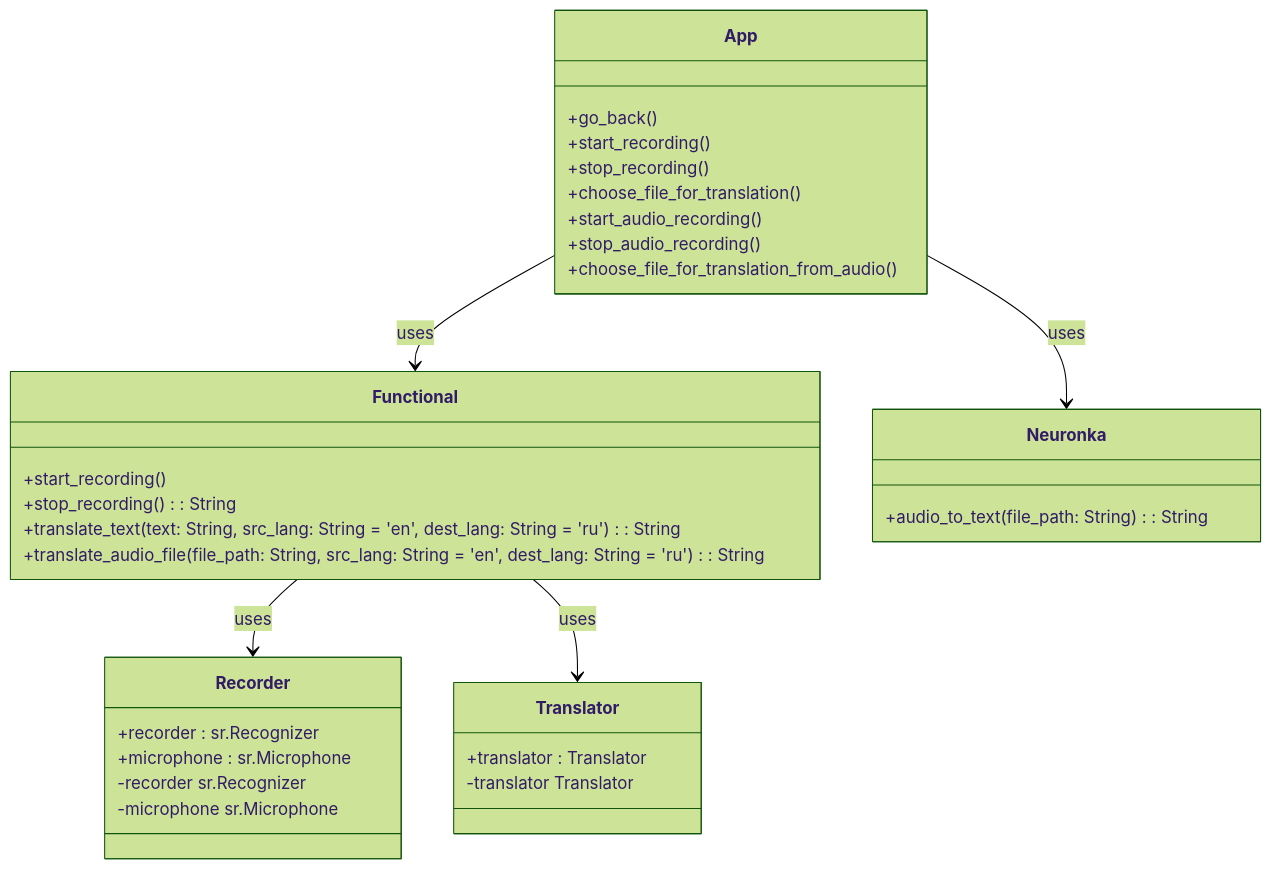
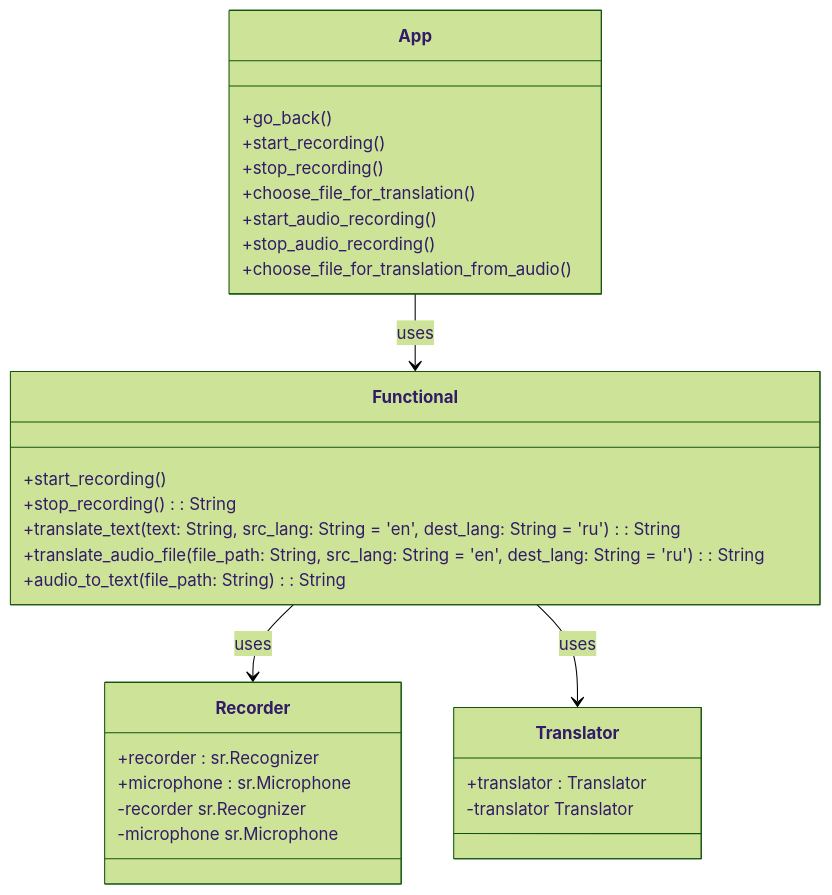
Before and after one commit to Retnug228/Lab3Orpo: the first of 2 diagrams in docs/struct.md, drawn with Mermaid (forest theme).

````diff
--- a/docs/struct.md
+++ b/docs/struct.md
@@ -10,42 +10,38 @@
 ```mermaid
 classDiagram
     class App {
         +go_back()
         +start_recording()
         +stop_recording()
         +choose_file_for_translation()
         +start_audio_recording()
         +stop_audio_recording()
         +choose_file_for_translation_from_audio()
     }
 
     class Functional {
         +start_recording()
         +stop_recording() : String
         +translate_text(text: String, src_lang: String = 'en', dest_lang: String = 'ru') : String
         +translate_audio_file(file_path: String, src_lang: String = 'en', dest_lang: String = 'ru') : String
-    }
-
-    class Neuronka {
         +audio_to_text(file_path: String) : String
     }
 
     class Recorder {
         +recorder : sr.Recognizer
         +microphone : sr.Microphone
     }
 
     class Translator {
         +translator : Translator
     }
 
     App --> Functional : uses
-    App --> Neuronka : uses
     Functional --> Recorder : uses
     Functional --> Translator : uses
 
     Recorder : -recorder  sr.Recognizer
     Recorder : -microphone  sr.Microphone
 
     Translator : -translator  Translator
 ```
````
